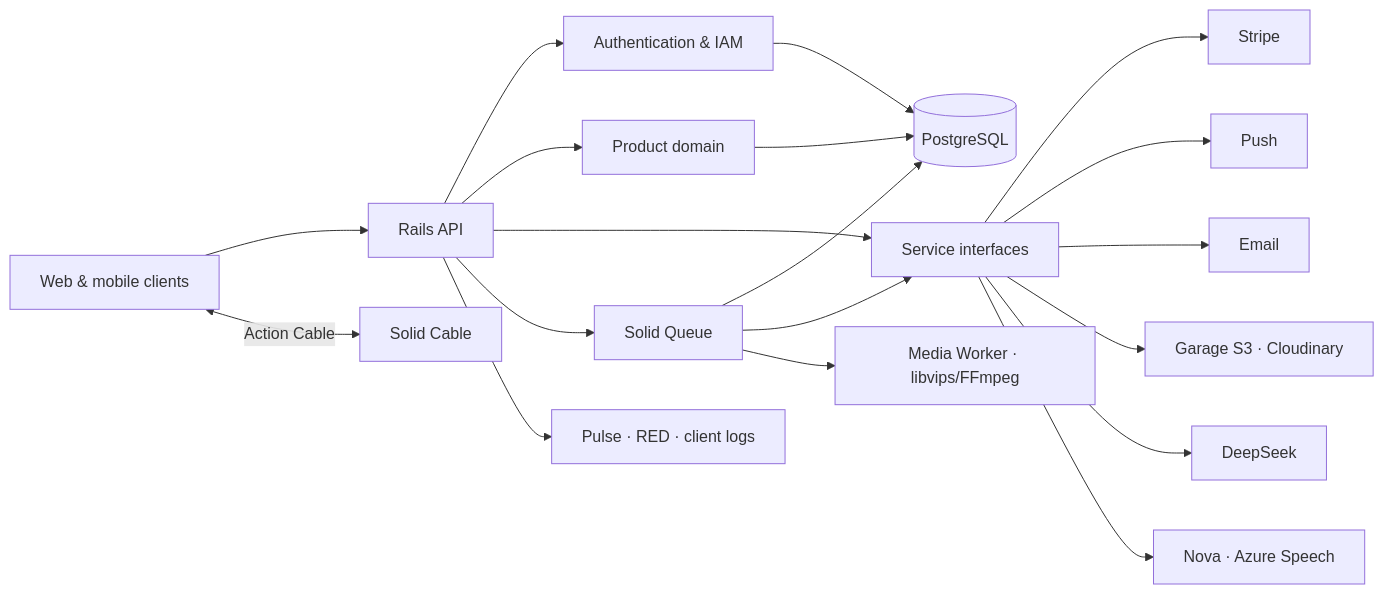
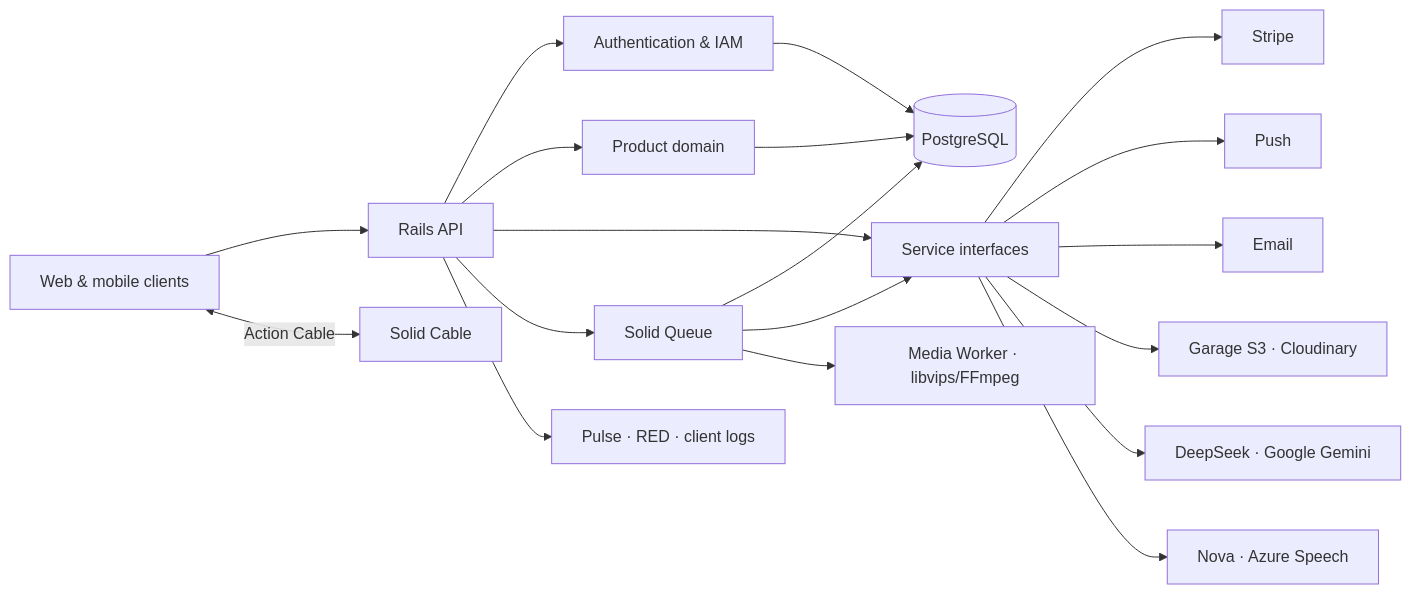
One commit to rex-9/rexone-core changed the diagram in README.md. Above: the diagram before and after it, drawn with Mermaid. The commit also changed other lines of this file and 115 other files, not shown here.

````diff
--- a/README.md
+++ b/README.md
@@ -130,25 +130,25 @@
 ```mermaid
 flowchart LR
     Clients[Web & mobile clients] --> API[Rails API]
     Clients <-->|Action Cable| Realtime[Solid Cable]
 
     API --> Auth[Authentication & IAM]
     API --> Domain[Product domain]
     API --> Services[Service interfaces]
     API --> Jobs[Solid Queue]
 
     Domain --> PostgreSQL[(PostgreSQL)]
     Auth --> PostgreSQL
     Jobs --> PostgreSQL
 
     Services --> Stripe[Stripe]
     Services --> OneSignal[Push]
     Services --> Brevo[Email]
     Services --> Storage[Garage S3 · Cloudinary]
-    Services --> DeepSeek[DeepSeek]
+    Services --> AI[DeepSeek · Google Gemini]
     Services --> Speech[Nova · Azure Speech]
 
     Jobs --> Services
     Jobs --> MediaWorker[Media Worker · libvips/FFmpeg]
     API --> Observability[Pulse · RED · client logs]
 ```
````
